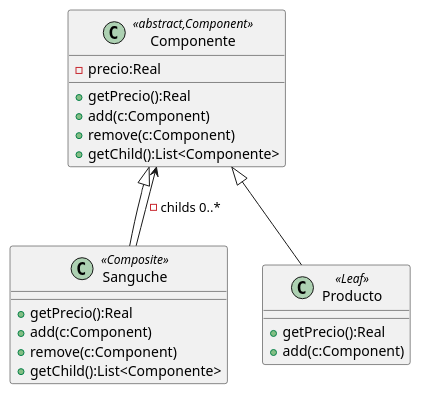
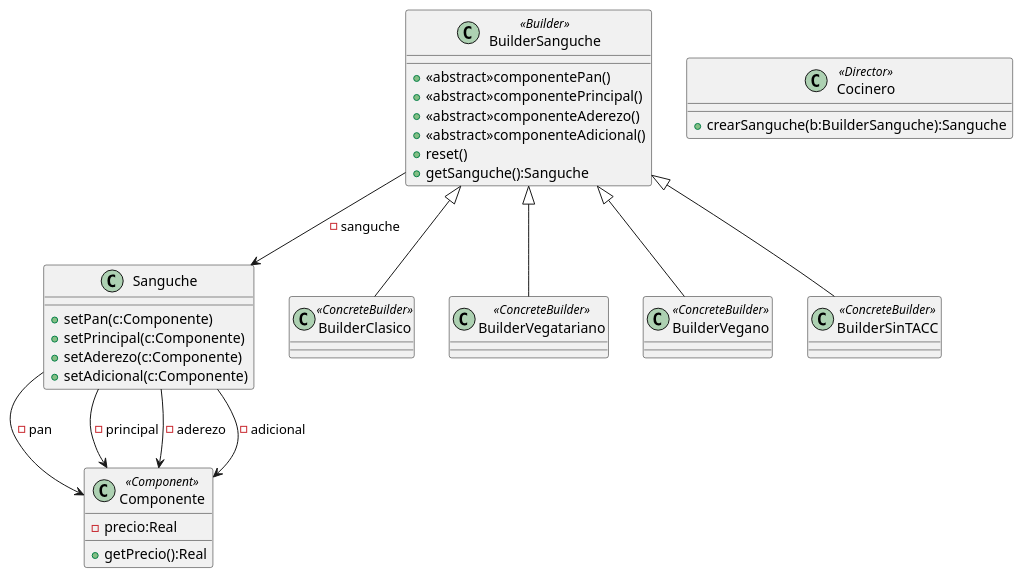
Before and after one commit to Francogrch/OO2-2025: the diagram in Patrones/src/main/java/ejercicio13/ejer13.puml, drawn with PlantUML. The commit also changed other lines of this file and 4 other files, not shown here.

Commit message:
hasta-14-uml

```diff
--- a/Patrones/src/main/java/ejercicio13/ejer13.puml
+++ b/Patrones/src/main/java/ejercicio13/ejer13.puml
@@ -1,23 +1,37 @@
 @startuml
-class Componente <<abstract,Component>>{
+
+class Componente <<Component>>{
 -precio:Real
 +getPrecio():Real
-+add(c:Component)
-+remove(c:Component)
-+getChild():List<Componente>
+}
+class Sanguche {
++setPan(c:Componente)
++setPrincipal(c:Componente)
++setAderezo(c:Componente)
++setAdicional(c:Componente)
+}
+Sanguche --> Componente : -pan
+Sanguche --> Componente : -principal
+Sanguche --> Componente : -aderezo
+Sanguche --> Componente : -adicional
+
+class Cocinero <<Director>>{
++crearSanguche(b:BuilderSanguche):Sanguche
 }
 
-class Sanguche <<Composite>> extends Componente{
-+getPrecio():Real
-+add(c:Component)
-+remove(c:Component)
-+getChild():List<Componente>
+class BuilderSanguche <<Builder>> {
++<<abstract>>componentePan()
++<<abstract>>componentePrincipal()
++<<abstract>>componenteAderezo()
++<<abstract>>componenteAdicional()
++reset()
++getSanguche():Sanguche
+}
+BuilderSanguche --> Sanguche : -sanguche
 
-}
-Sanguche --> Componente : -childs 0..*
+class BuilderClasico <<ConcreteBuilder>> extends BuilderSanguche{}
+class BuilderVegatariano <<ConcreteBuilder>> extends BuilderSanguche {}
+class BuilderVegano <<ConcreteBuilder>> extends BuilderSanguche {}
+class BuilderSinTACC <<ConcreteBuilder>> extends BuilderSanguche {}
 
-class Producto <<Leaf>> extends Componente{
-+getPrecio():Real
-+add(c:Component)
-}
 @enduml
```
